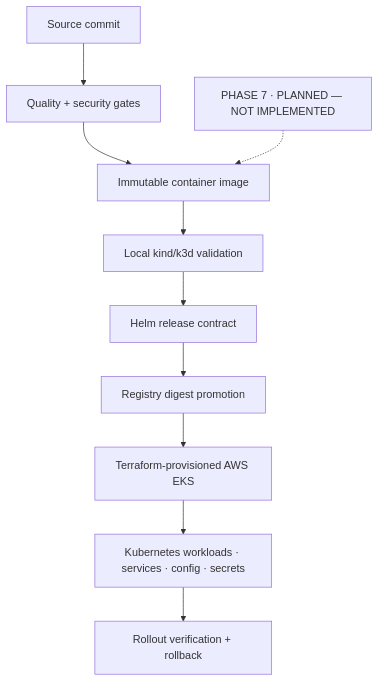
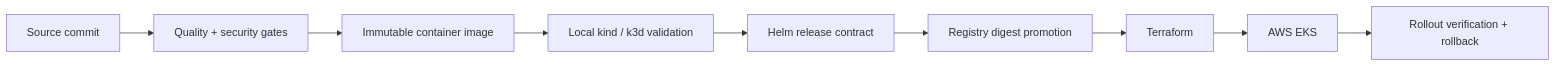
Before and after one commit to Parmodk2310/Advanced-Distributed-System: the diagram in docs/architecture/assets/phase7-architecture.mmd, drawn with Mermaid. The commit also changed 15 other files, not shown here.

First line of the commit message:
docs(phase7): publish final verification evidence (#11)

```diff
--- a/docs/architecture/assets/phase7-architecture.mmd
+++ b/docs/architecture/assets/phase7-architecture.mmd
@@ -1,7 +1,9 @@
-flowchart TB
-  S["PHASE 7 · PLANNED — NOT IMPLEMENTED"]
-  C["Source commit"] --> G["Quality + security gates"] --> I["Immutable container image"]
-  I --> L["Local kind/k3d validation"] --> H["Helm release contract"]
-  H --> R["Registry digest promotion"] --> T["Terraform-provisioned AWS EKS"]
-  T --> K["Kubernetes workloads · services · config · secrets"] --> V["Rollout verification + rollback"]
-  S -.-> I
+flowchart LR
+  C["Source commit"] --> G["Quality + security gates"]
+  G --> I["Immutable container image"]
+  I --> L["Local kind / k3d validation"]
+  L --> H["Helm release contract"]
+  H --> R["Registry digest promotion"]
+  R --> T["Terraform"]
+  T --> E["AWS EKS"]
+  E --> V["Rollout verification + rollback"]
```
